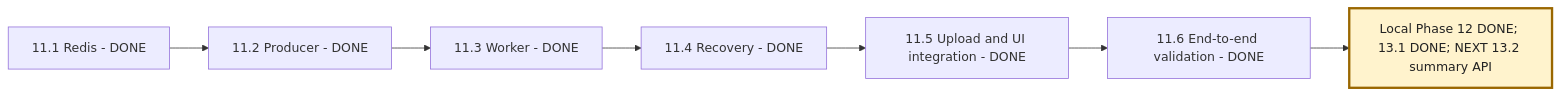
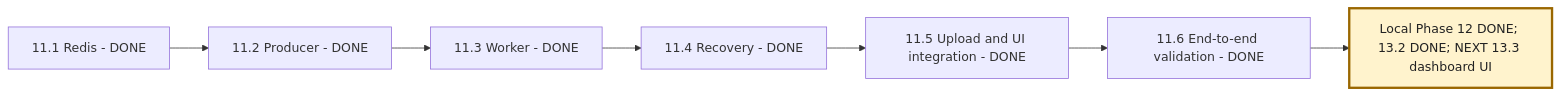
The third of 5 diagrams in NEXAAI_ROADMAP.md (msdian0007/nexaAi), drawn with Mermaid before and after one commit. The commit also changed other lines of this file and 7 other files, not shown here.

Commit message:
dashboard summary API

````diff
--- a/NEXAAI_ROADMAP.md
+++ b/NEXAAI_ROADMAP.md
@@ -256,10 +257,10 @@
 ```mermaid
 flowchart LR
     A[11.1 Redis - DONE] --> B[11.2 Producer - DONE]
     B --> C[11.3 Worker - DONE]
     C --> D[11.4 Recovery - DONE]
     D --> E[11.5 Upload and UI integration - DONE]
     E --> F[11.6 End-to-end validation - DONE]
-    F --> G[Local Phase 12 DONE; 13.1 DONE; NEXT 13.2 summary API]
+    F --> G[Local Phase 12 DONE; 13.2 DONE; NEXT 13.3 dashboard UI]
     style G fill:#fff3cd,stroke:#9a6700,stroke-width:3px,color:#222
 ```
````
